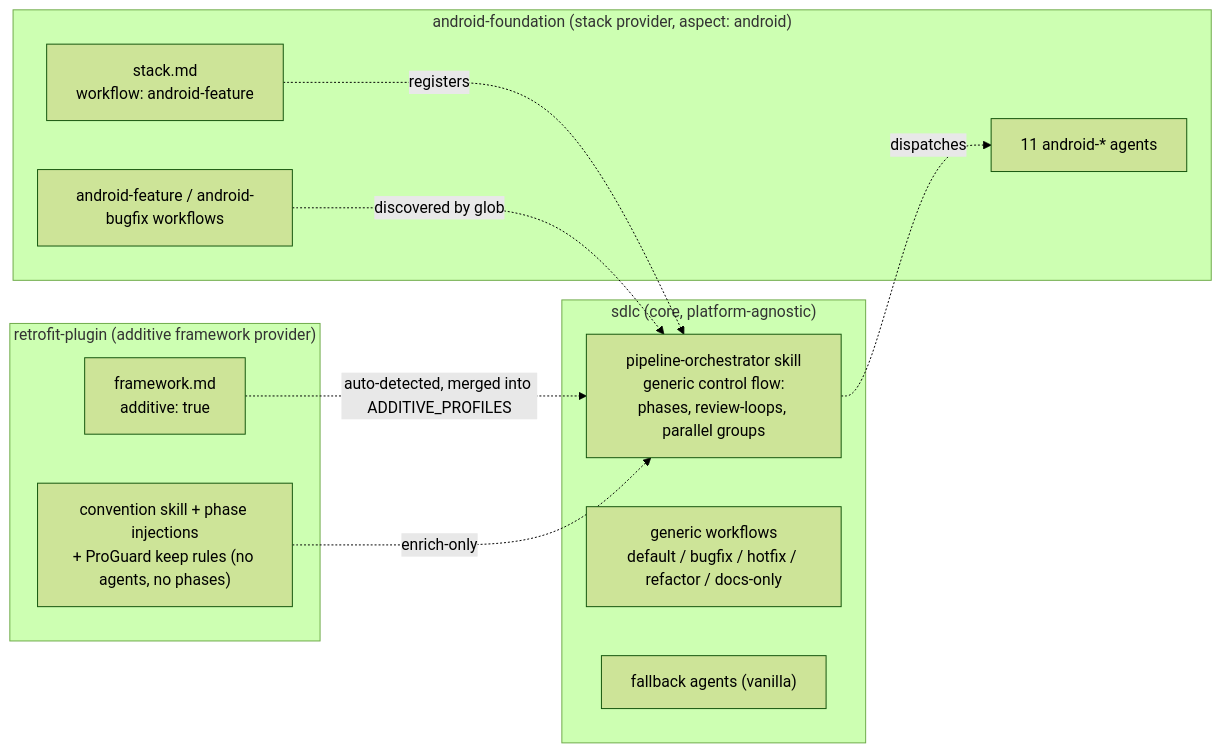
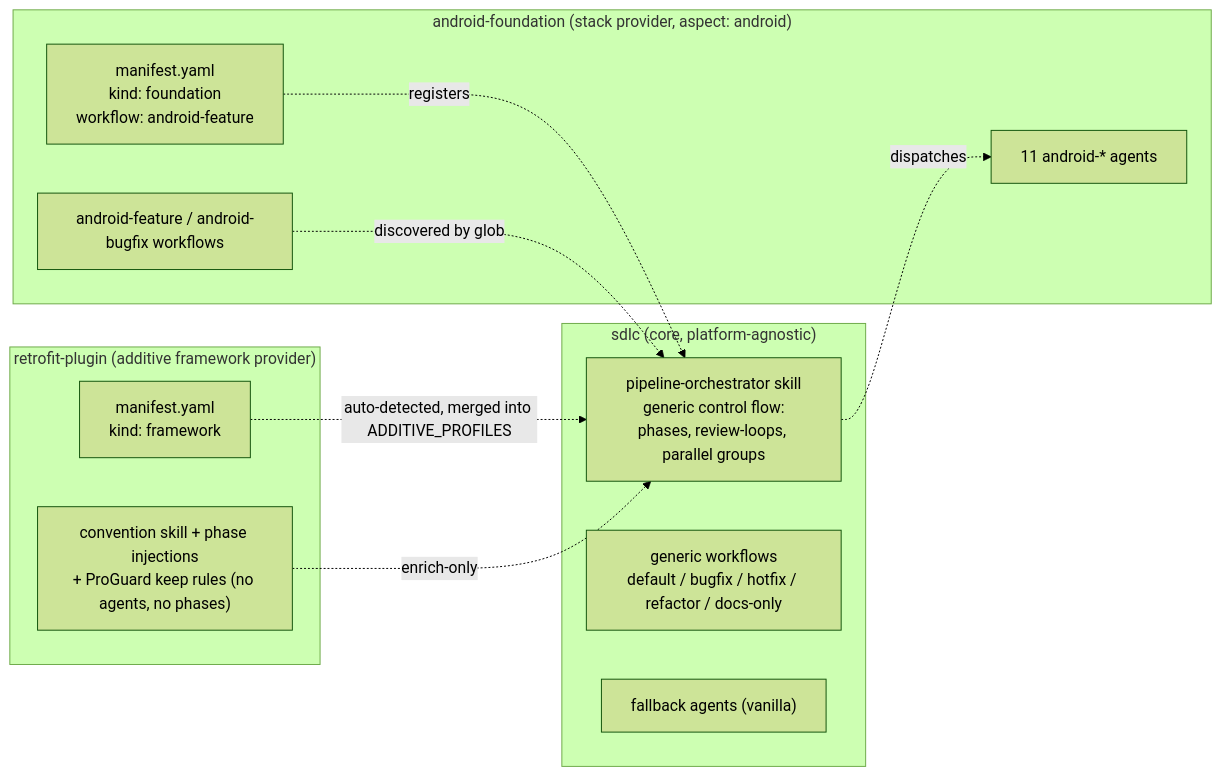
The second of 3 diagrams in docs/WORKFLOW.md (Nuclominus/agentic-sdlc-pluguin), drawn with Mermaid (forest theme) before and after one commit. The commit also changed other lines of this file and 37 other files, not shown here.

````diff
--- a/docs/WORKFLOW.md
+++ b/docs/WORKFLOW.md
@@ -28,22 +28,22 @@
 ```mermaid
 flowchart LR
     subgraph CORE["sdlc (core, platform-agnostic)"]
       ORC["pipeline-orchestrator skill<br/>generic control flow:<br/>phases, review-loops, parallel groups"]
       WF["generic workflows<br/>default / bugfix / hotfix / refactor / docs-only"]
       FB["fallback agents (vanilla)"]
     end
     subgraph AND["android-foundation (stack provider, aspect: android)"]
-      AST["stack.md<br/>workflow: android-feature"]
+      AST["manifest.yaml<br/>kind: foundation<br/>workflow: android-feature"]
       AAG["11 android-* agents"]
       AWF["android-feature / android-bugfix workflows"]
     end
     subgraph RET["retrofit-plugin (additive framework provider)"]
-      RFM["framework.md<br/>additive: true"]
+      RFM["manifest.yaml<br/>kind: framework"]
       RSK["convention skill + phase injections<br/>+ ProGuard keep rules (no agents, no phases)"]
     end
     AST -. registers .-> ORC
     AWF -. discovered by glob .-> ORC
     ORC -. dispatches .-> AAG
     RFM -. auto-detected, merged into ADDITIVE_PROFILES .-> ORC
     RSK -. enrich-only .-> ORC
 ```
````
